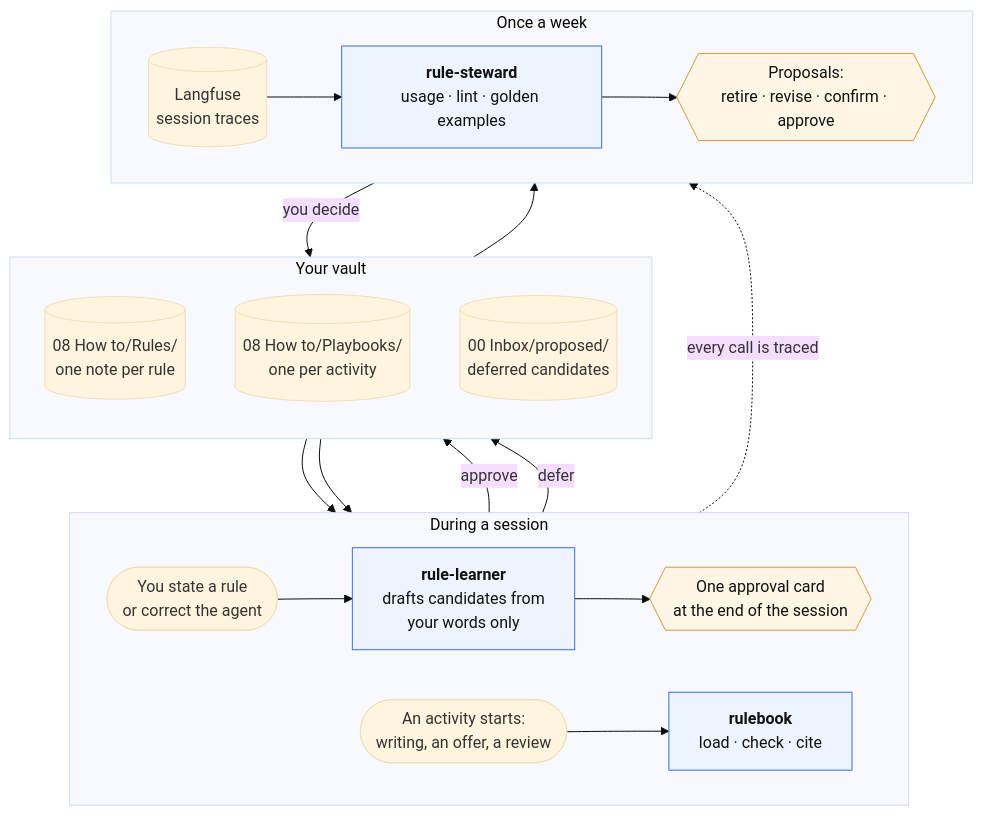
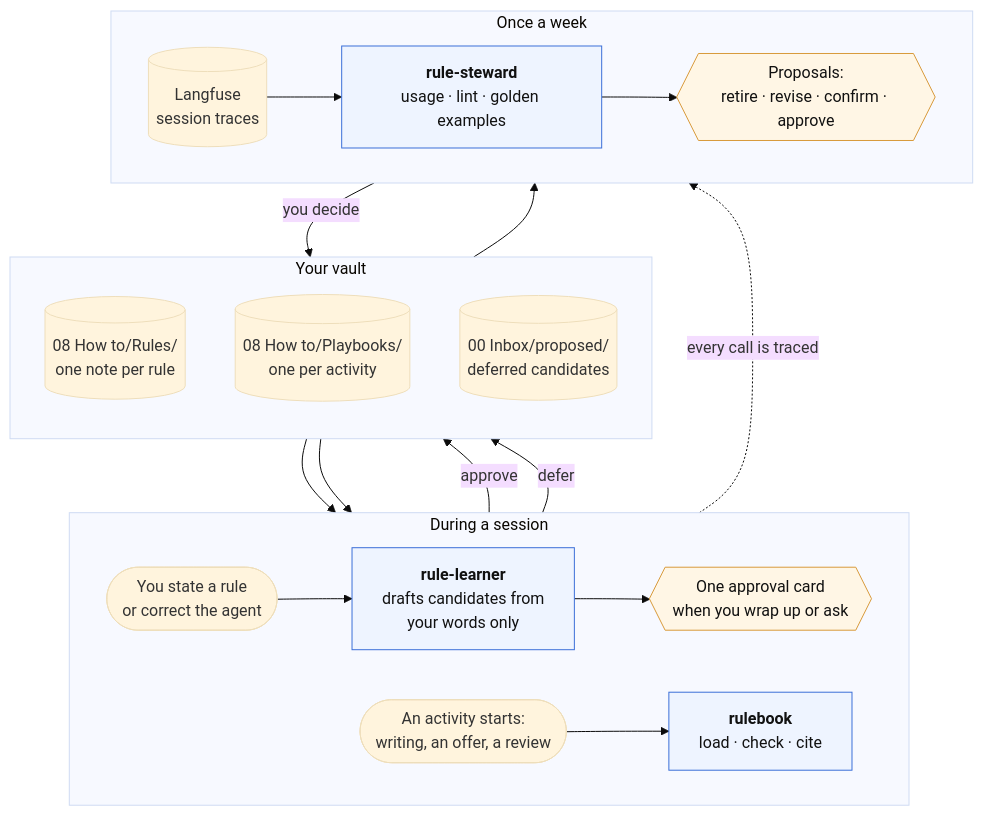
One commit to meaningfy-ws/skillery changed the diagram in docs/environment/rules.md. Above: the diagram before and after it, drawn with Mermaid (base theme). The commit also changed other lines of this file and 7 other files, not shown here.

````diff
--- a/docs/environment/rules.md
+++ b/docs/environment/rules.md
@@ -55,34 +55,34 @@
 ```mermaid
 flowchart TB
     subgraph SESSION["During a session"]
         direction LR
         YOU([You state a rule<br/>or correct the agent]) --> RL["<b>rule-learner</b><br/>drafts candidates from<br/>your words only"]
-        RL --> CARD{{"One approval card<br/>at the end of the session"}}
+        RL --> CARD{{"One approval card<br/>when you wrap up or ask"}}
         ACT([An activity starts:<br/>writing, an offer, a review]) --> RB["<b>rulebook</b><br/>load · check · cite"]
     end
 
     subgraph VAULT["Your vault"]
         direction TB
         RULES[("08 How to/Rules/<br/>one note per rule")]
         PB[("08 How to/Playbooks/<br/>one per activity")]
         INBOX[("00 Inbox/proposed/<br/>deferred candidates")]
     end
 
     subgraph WEEK["Once a week"]
         direction LR
         LF[("Langfuse<br/>session traces")] --> RS["<b>rule-steward</b><br/>usage · lint · golden examples"]
         RS --> PROP{{"Proposals:<br/>retire · revise · confirm · approve"}}
     end
 
     CARD -->|approve| RULES
     CARD -->|defer| INBOX
     RULES & PB --> RB
     RB -.->|every call is traced| LF
     PROP -->|you decide| RULES
     INBOX --> RS
 
     classDef skill fill:#eef4ff,stroke:#3b6fd8,color:#111
     classDef check fill:#fff6e5,stroke:#d89a3b,color:#111
     class RL,RB,RS skill
     class CARD,PROP check
 ```
````
